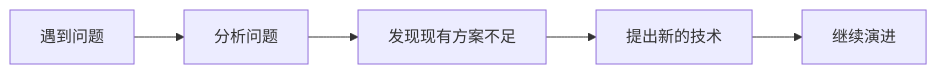
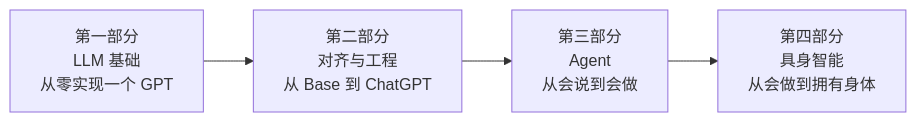
The diagram in 0. 开始之前/1. 前沿.md (AI-learning-simple/Build-Your-Own-LLM), drawn with Mermaid before and after one commit. The commit also changed other lines of this file and 27 other files, not shown here.

````diff
--- a/0. 开始之前/1. 前沿.md
+++ b/0. 开始之前/1. 前沿.md
@@ -61,4 +11,4 @@
 ```mermaid
 flowchart LR
-    A[遇到问题] --> B[分析问题] --> C[发现现有方案不足] --> D[提出新的技术] --> E[继续演进]
+    A[第一部分<br/>LLM 基础<br/>从零实现一个 GPT] --> B[第二部分<br/>对齐与工程<br/>从 Base 到 ChatGPT] --> C[第三部分<br/>Agent<br/>从会说到会做] --> D[第四部分<br/>具身智能<br/>从会做到拥有身体]
 ```
````
